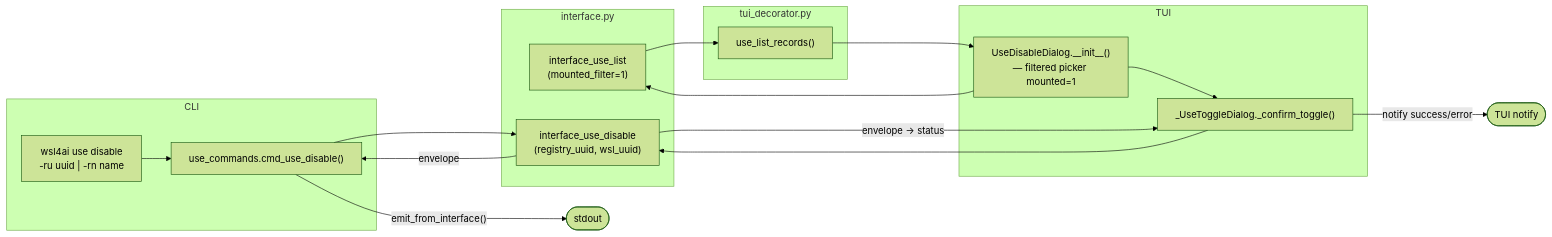
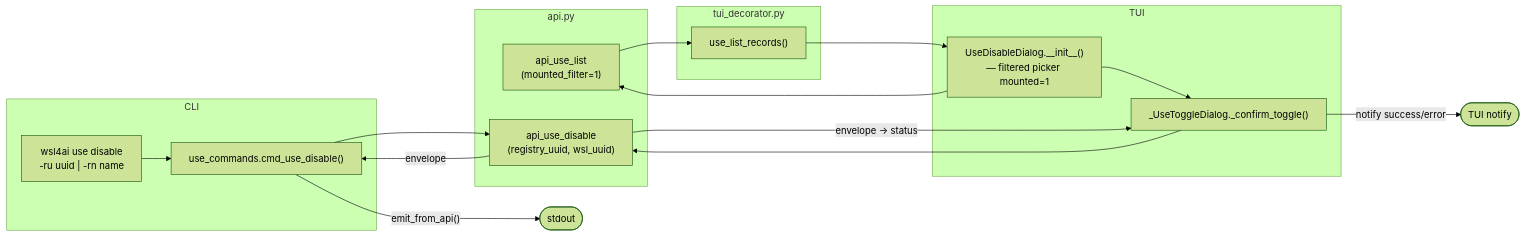
One commit to rmompo/wsl4ai changed the fifth of 6 diagrams in specs/tool/specs-use.md. Above: the diagram before and after it, drawn with Mermaid (forest theme). The commit also changed other lines of this file and 20 other files, not shown here.

First line of the commit message:
v1.6.3: rename interface.py → api.py, interface_* → api_*

````diff
--- a/specs/tool/specs-use.md
+++ b/specs/tool/specs-use.md
@@ -279,28 +279,28 @@
 ```mermaid
 flowchart LR
     subgraph CLI
         ud["wsl4ai use disable\n-ru uuid | -rn name"]
         cmd["use_commands.cmd_use_disable()"]
         ud --> cmd
     end
-    subgraph Interface["interface.py"]
-        iface_list["interface_use_list\n(mounted_filter=1)"]
-        iface_dis["interface_use_disable\n(registry_uuid, wsl_uuid)"]
+    subgraph Interface["api.py"]
+        iface_list["api_use_list\n(mounted_filter=1)"]
+        iface_dis["api_use_disable\n(registry_uuid, wsl_uuid)"]
     end
     subgraph TUI
         dlg_init["UseDisableDialog.__init__()\n— filtered picker mounted=1"]
         dlg_tog["_UseToggleDialog._confirm_toggle()"]
         dlg_init --> dlg_tog
     end
     subgraph TUI_Dec["tui_decorator.py"]
         rec["use_list_records()"]
     end
 
     cmd --> iface_dis
     dlg_init --> iface_list --> rec --> dlg_init
     dlg_tog --> iface_dis
     iface_dis -->|"envelope"| cmd
     iface_dis -->|"envelope → status"| dlg_tog
-    cmd -->|"emit_from_interface()"| stdout([stdout])
+    cmd -->|"emit_from_api()"| stdout([stdout])
     dlg_tog -->|"notify success/error"| ui([TUI notify])
 ```
````
